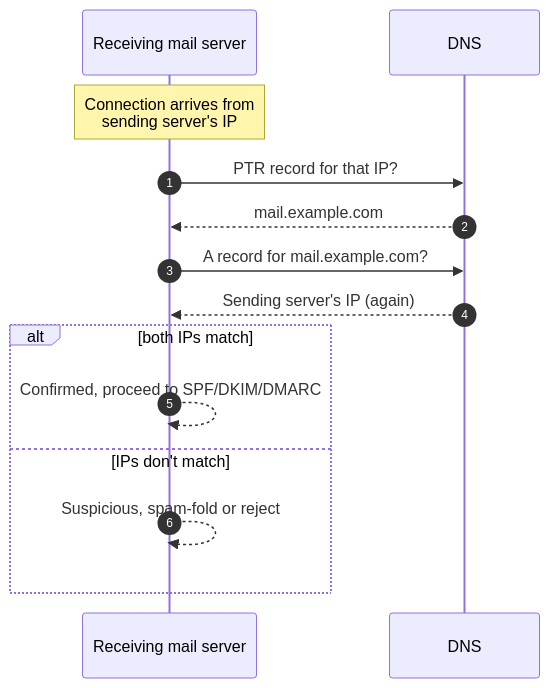
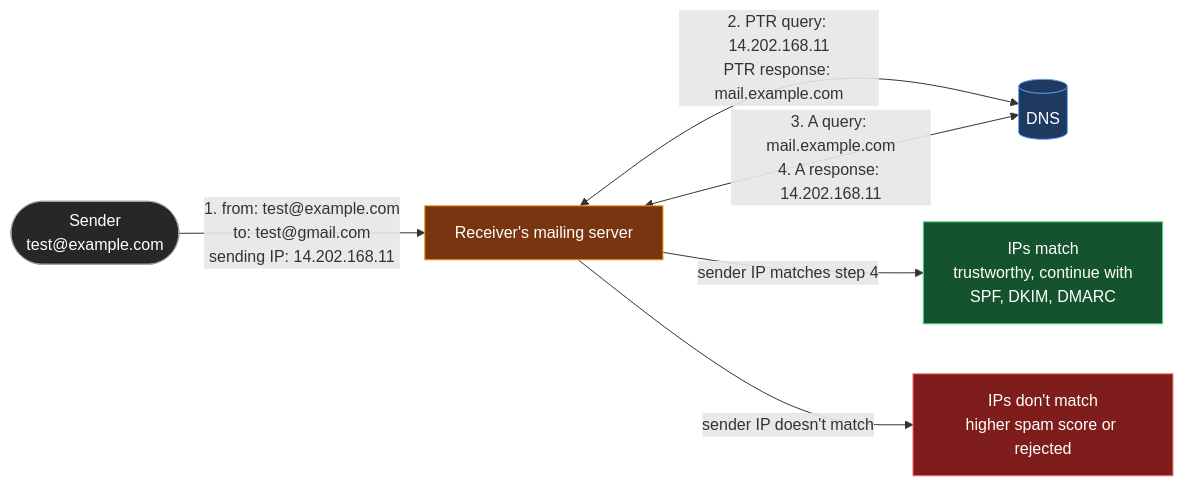
Before and after one commit to ayuslharora/blog-ayuslh: the fifth of 5 diagrams in content/posts/networking/ch24-dns-record-types.mdx, drawn with Mermaid.

Commit message:
Replace Ch.24's PTR diagram with a 1:1 recreation of the source
Swap the sequence diagram for a flowchart matching the source
video's own FCrDNS illustration: sender, receiving mail server, the
PTR and A-record round trips to DNS, and a color-coded fork into
trustworthy vs. suspicious outcomes with concrete example values.
Verified against the live dev server before committing.

````diff
--- a/content/posts/networking/ch24-dns-record-types.mdx
+++ b/content/posts/networking/ch24-dns-record-types.mdx
@@ -212,17 +212,20 @@
 ```mermaid
-sequenceDiagram
-    autonumber
-    participant Recv as Receiving mail server
-    participant DNS
+flowchart LR
+    Sender(["Sender<br/>test@example.com"])
+    Recv["Receiver's mailing server"]
+    DNS[("DNS")]
+    Trust["IPs match<br/>trustworthy, continue with<br/>SPF, DKIM, DMARC"]
+    Suspicious["IPs don't match<br/>higher spam score or rejected"]
 
-    Note over Recv: Connection arrives from<br/>sending server's IP
-    Recv->>DNS: PTR record for that IP?
-    DNS-->>Recv: mail.example.com
-    Recv->>DNS: A record for mail.example.com?
-    DNS-->>Recv: Sending server's IP (again)
-    alt both IPs match
-        Recv-->>Recv: Confirmed, proceed to SPF/DKIM/DMARC
-    else IPs don't match
-        Recv-->>Recv: Suspicious, spam-fold or reject
-    end
+    Sender -- "1. from: test@example.com<br/>to: test@gmail.com<br/>sending IP: 14.202.168.11" --> Recv
+    Recv <-- "2. PTR query: 14.202.168.11<br/>PTR response: mail.example.com" --> DNS
+    Recv <-- "3. A query: mail.example.com<br/>4. A response: 14.202.168.11" --> DNS
+    Recv -- "sender IP matches step 4" --> Trust
+    Recv -- "sender IP doesn't match" --> Suspicious
+
+    style Sender fill:#27272a,stroke:#a1a1aa,color:#fff
+    style Recv fill:#78350f,stroke:#f59e0b,color:#fff
+    style DNS fill:#1e3a5f,stroke:#60a5fa,color:#fff
+    style Trust fill:#14532d,stroke:#4ade80,color:#fff
+    style Suspicious fill:#7f1d1d,stroke:#f87171,color:#fff
 ```
````
